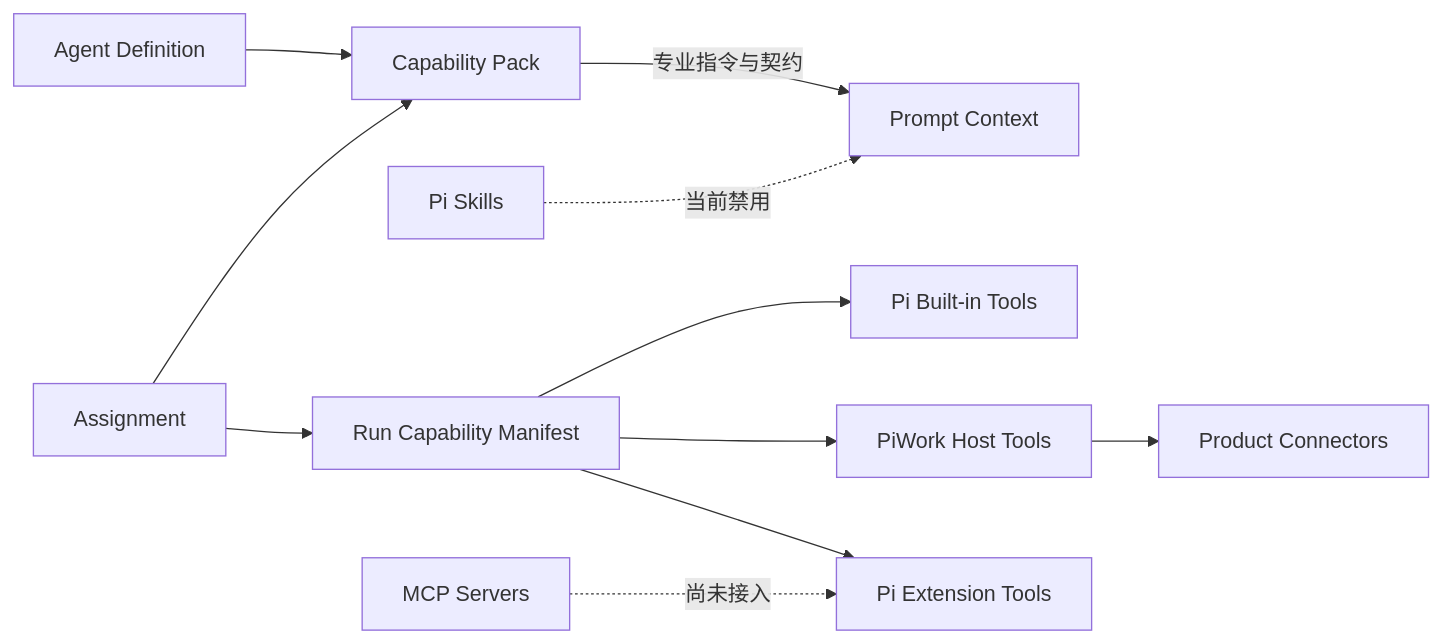
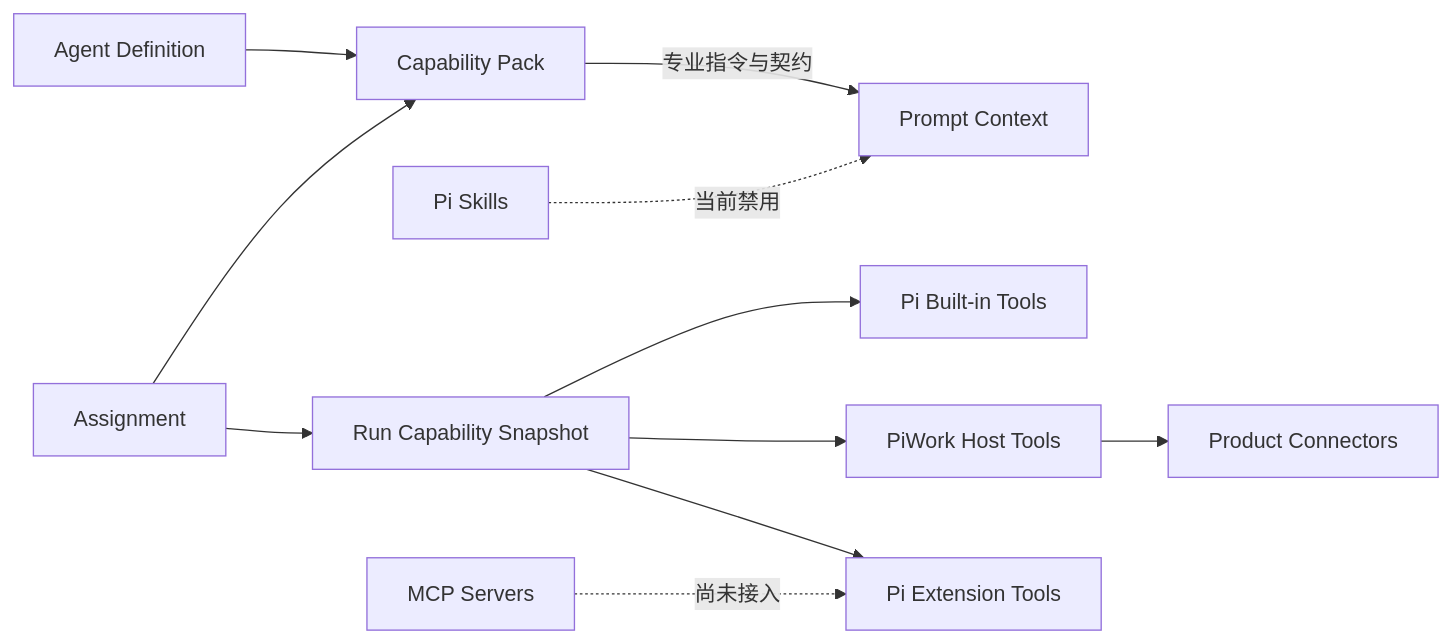
Before and after one commit to qqzhangyanhua/PiWork: the fourth of 6 diagrams in docs/architecture/piwork-current-agent-architecture.zh-CN.md, drawn with Mermaid. The commit also changed other lines of this file and 5 other files, not shown here.

First line of the commit message:
docs: calibrate Phase 0 architecture facts (#9)

````diff
--- a/docs/architecture/piwork-current-agent-architecture.zh-CN.md
+++ b/docs/architecture/piwork-current-agent-architecture.zh-CN.md
@@ -260,15 +313,15 @@
 ```mermaid
 flowchart LR
     ROLE[Agent Definition] --> PACK[Capability Pack]
     ASSIGN[Assignment] --> PACK
-    ASSIGN --> MANIFEST[Run Capability Manifest]
+    ASSIGN --> MANIFEST[Run Capability Snapshot]
 
     PACK -->|专业指令与契约| PROMPT[Prompt Context]
     MANIFEST --> PI_TOOLS[Pi Built-in Tools]
     MANIFEST --> HOST_TOOLS[PiWork Host Tools]
     MANIFEST --> EXT_TOOLS[Pi Extension Tools]
     HOST_TOOLS --> CONNECTORS[Product Connectors]
 
     SKILLS[Pi Skills] -. 当前禁用 .-> PROMPT
     MCP[MCP Servers] -. 尚未接入 .-> EXT_TOOLS
 ```
````
